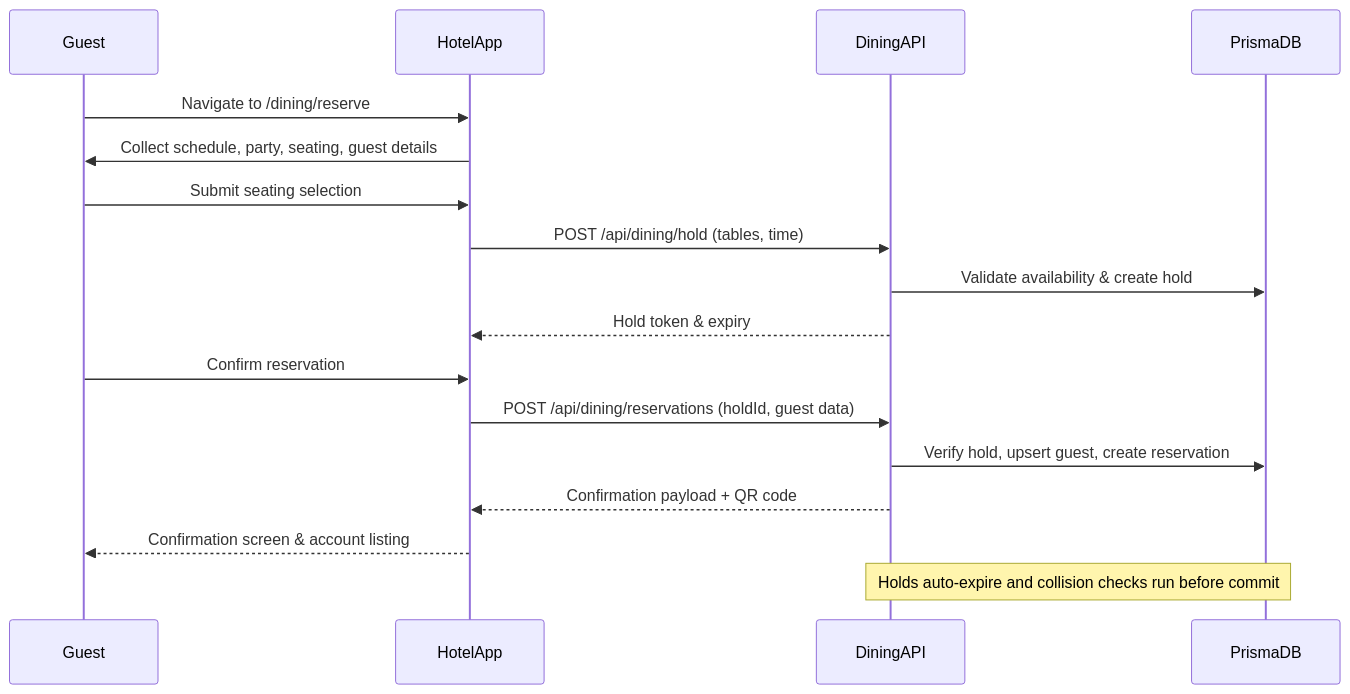
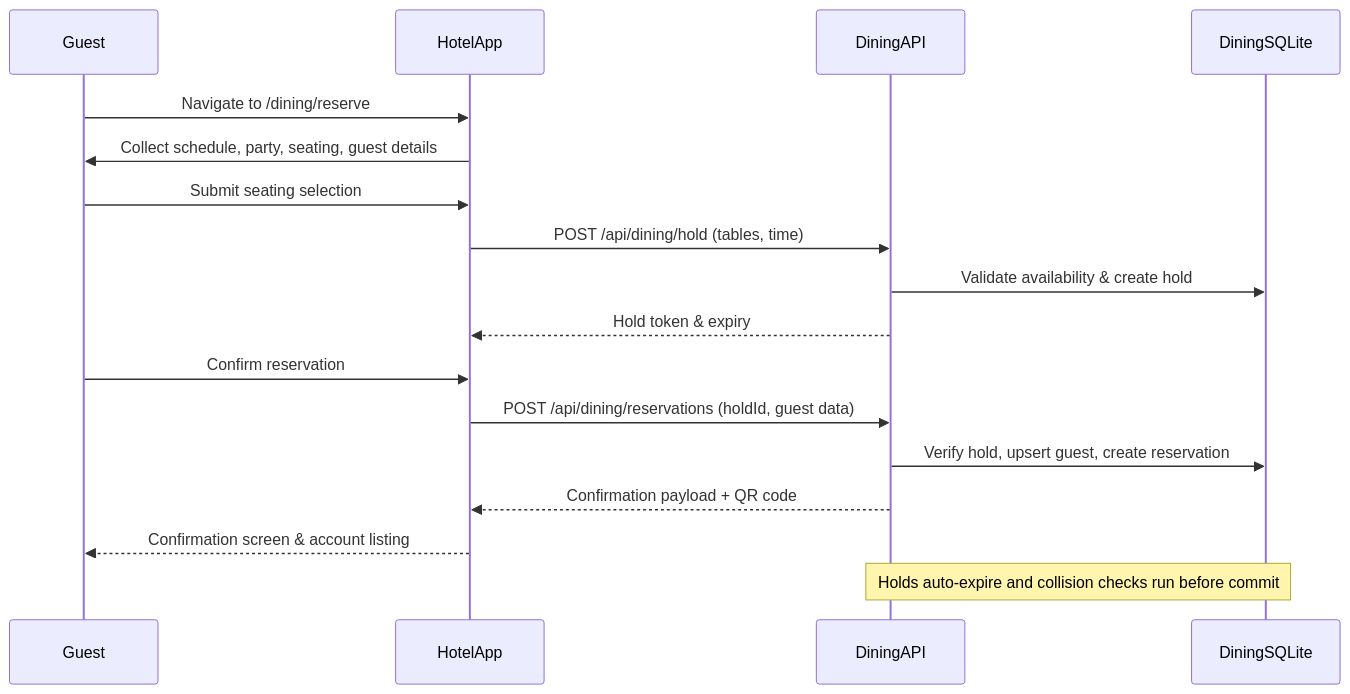
The diagram in README.md (hgarg1/GPT-Codex-Hotel), drawn with Mermaid before and after one commit. The commit also changed other lines of this file and 16 other files, not shown here.

Commit message:
refactor: replace dining prisma layer with sqlite

````diff
--- a/README.md
+++ b/README.md
@@ -81,21 +79,21 @@
 ```mermaid
 sequenceDiagram
     participant Guest
     participant HotelApp
     participant DiningAPI
-    participant PrismaDB
+    participant DiningSQLite
 
     Guest->>HotelApp: Navigate to /dining/reserve
     HotelApp->>Guest: Collect schedule, party, seating, guest details
     Guest->>HotelApp: Submit seating selection
     HotelApp->>DiningAPI: POST /api/dining/hold (tables, time)
-    DiningAPI->>PrismaDB: Validate availability & create hold
+    DiningAPI->>DiningSQLite: Validate availability & create hold
     DiningAPI-->>HotelApp: Hold token & expiry
     Guest->>HotelApp: Confirm reservation
     HotelApp->>DiningAPI: POST /api/dining/reservations (holdId, guest data)
-    DiningAPI->>PrismaDB: Verify hold, upsert guest, create reservation
+    DiningAPI->>DiningSQLite: Verify hold, upsert guest, create reservation
     DiningAPI-->>HotelApp: Confirmation payload + QR code
     HotelApp-->>Guest: Confirmation screen & account listing
 
-    Note over DiningAPI,PrismaDB: Holds auto-expire and collision checks run before commit
+    Note over DiningAPI,DiningSQLite: Holds auto-expire and collision checks run before commit
 ```
````
